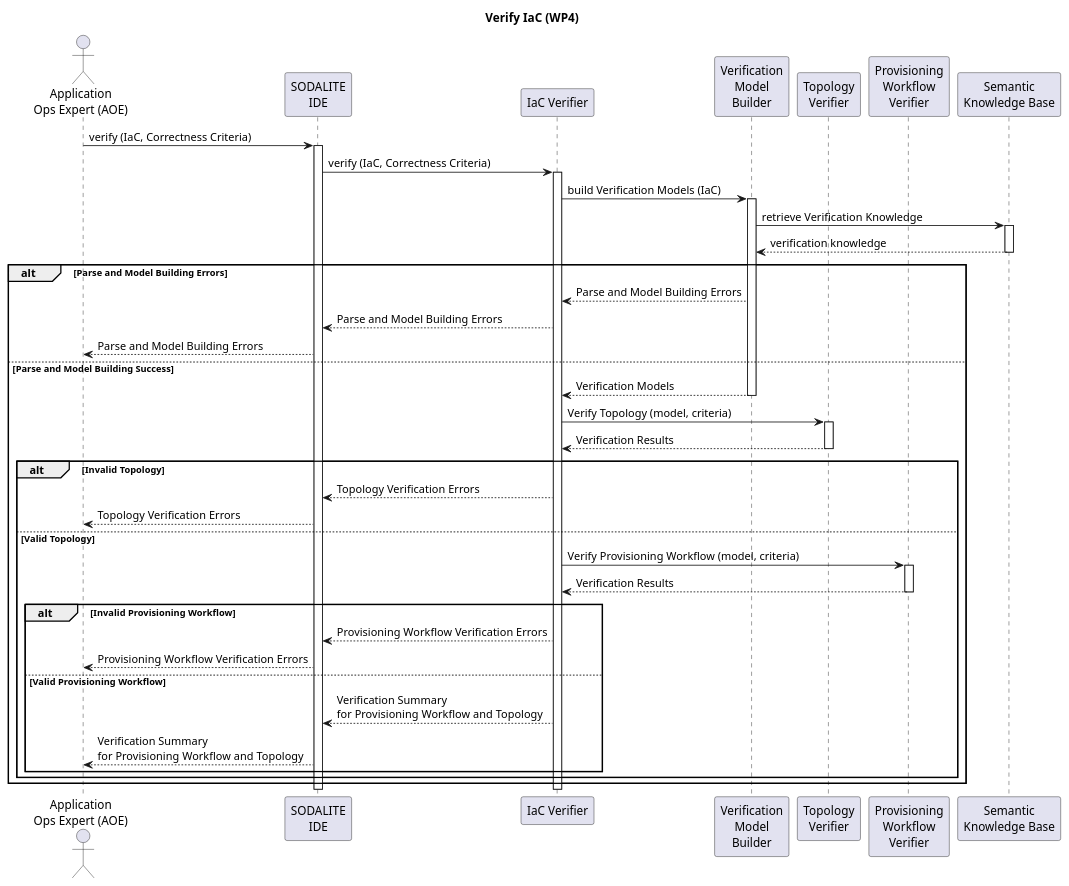
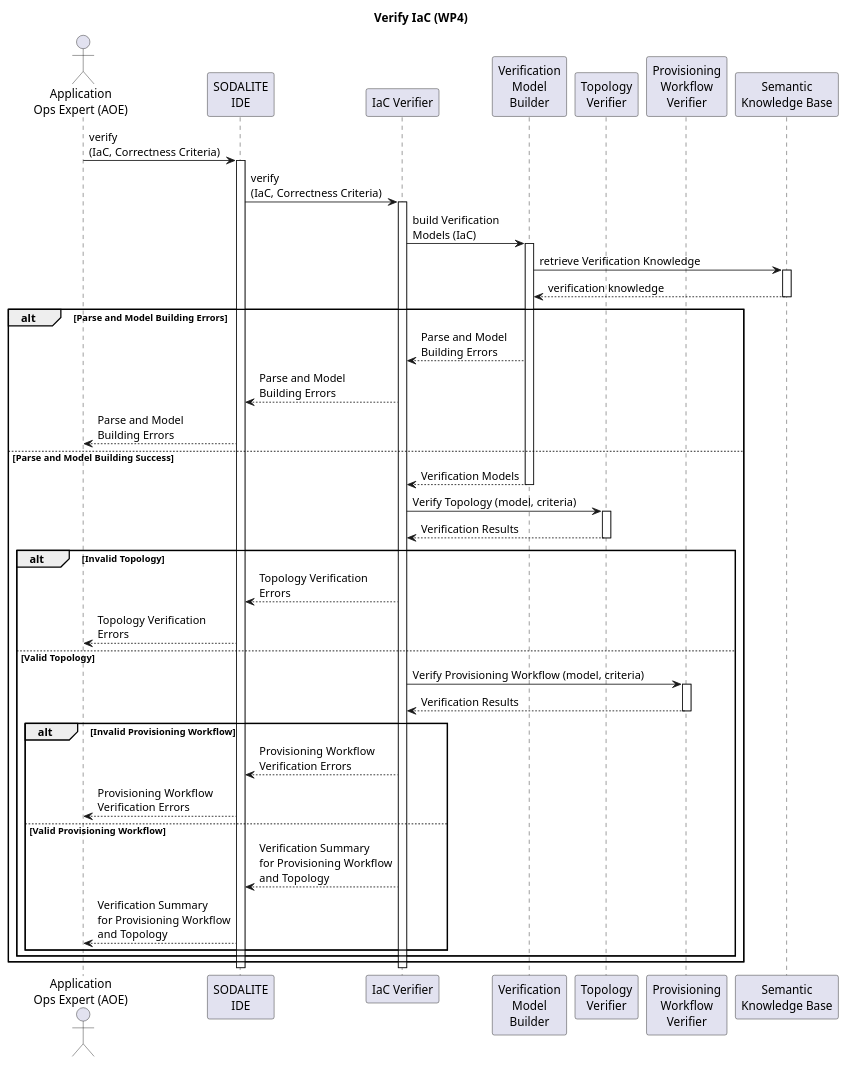
Before and after one commit to SODALITE-EU/project-wide-documentation: the diagram in uml/sequence-diagrams/UC-04-VerifyIaC-WP4.puml, drawn with PlantUML. The commit also changed 2 other files, not shown here.

```diff
--- a/uml/sequence-diagrams/UC-04-VerifyIaC-WP4.puml
+++ b/uml/sequence-diagrams/UC-04-VerifyIaC-WP4.puml
@@ -1,54 +1,54 @@
 @startuml
 
 title Verify IaC (WP4)
 
 actor "Application\nOps Expert (AOE)" as ops
 participant "SODALITE\nIDE" as sic
 participant "IaC Verifier" as soda
 participant "Verification\nModel\nBuilder" as vmb
 participant "Topology\nVerifier" as tv
 participant "Provisioning\nWorkflow\nVerifier" as pwv
 participant "Semantic\nKnowledge Base" as kb
 
-ops->sic: verify (IaC, Correctness Criteria)
+ops->sic: verify\n(IaC, Correctness Criteria)
 activate sic
-sic->soda: verify (IaC, Correctness Criteria)
+sic->soda: verify\n(IaC, Correctness Criteria)
 activate soda
-soda -> vmb: build Verification Models (IaC)
+soda -> vmb: build Verification\nModels (IaC)
 activate vmb
 vmb -> kb: retrieve Verification Knowledge
 activate kb
 kb --> vmb: verification knowledge
 deactivate kb
 alt Parse and Model Building Errors
-    vmb --> soda: Parse and Model Building Errors
-    soda --> sic: Parse and Model Building Errors
-    sic --> ops: Parse and Model Building Errors
+    vmb --> soda: Parse and Model\nBuilding Errors
+    soda --> sic: Parse and Model\nBuilding Errors
+    sic --> ops: Parse and Model\nBuilding Errors
 else  Parse and Model Building Success
     vmb --> soda: Verification Models
     deactivate vmb
     soda -> tv: Verify Topology (model, criteria)
     activate tv
     tv --> soda: Verification Results
     deactivate tv
     alt Invalid Topology
-        soda --> sic: Topology Verification Errors
-        sic --> ops: Topology Verification Errors
+        soda --> sic: Topology Verification\nErrors
+        sic --> ops: Topology Verification\nErrors
     else Valid Topology
         soda -> pwv: Verify Provisioning Workflow (model, criteria)
         activate pwv
         pwv --> soda: Verification Results
         deactivate pwv
         alt Invalid Provisioning Workflow
-            soda --> sic: Provisioning Workflow Verification Errors
-            sic --> ops: Provisioning Workflow Verification Errors
+            soda --> sic: Provisioning Workflow\nVerification Errors
+            sic --> ops: Provisioning Workflow\nVerification Errors
         else  Valid Provisioning Workflow
-            soda --> sic: Verification Summary\nfor Provisioning Workflow and Topology
-            sic --> ops: Verification Summary\nfor Provisioning Workflow and Topology
+            soda --> sic: Verification Summary\nfor Provisioning Workflow\nand Topology
+            sic --> ops: Verification Summary\nfor Provisioning Workflow\nand Topology
         end
     end
 end
 
 deactivate soda
 deactivate sic
 @enduml
```
